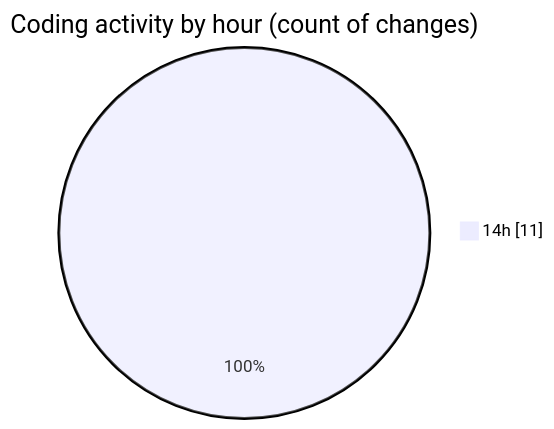
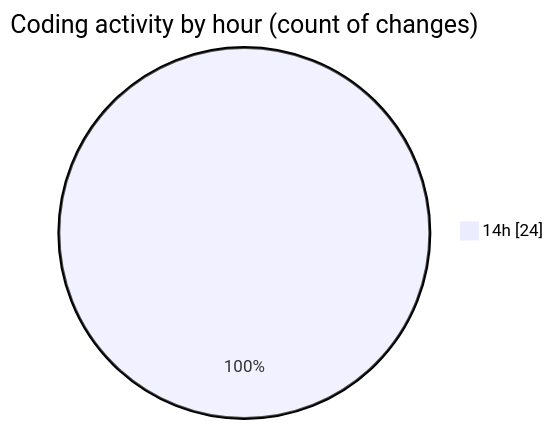
One commit to Elitesun/code-tracking changed the second of 2 diagrams in 2025-04-22/indesign/README.md. Above: the diagram before and after it, drawn with Mermaid. The commit also changed other lines of this file and 1 other file, not shown here.

````diff
--- a/2025-04-22/indesign/README.md
+++ b/2025-04-22/indesign/README.md
@@ -31,5 +34,5 @@
 ```mermaid
 pie showData
 title Coding activity by hour (count of changes)
-"14h" : 11
+"14h" : 24
 ```
````
